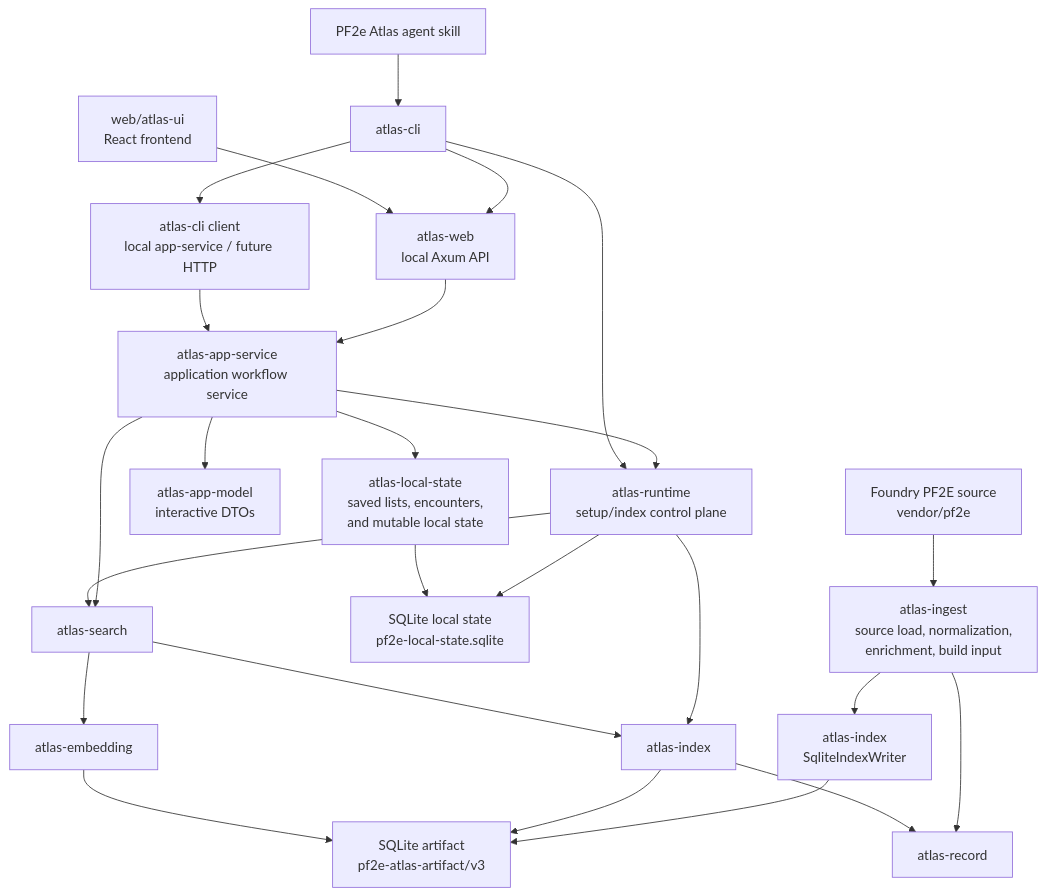
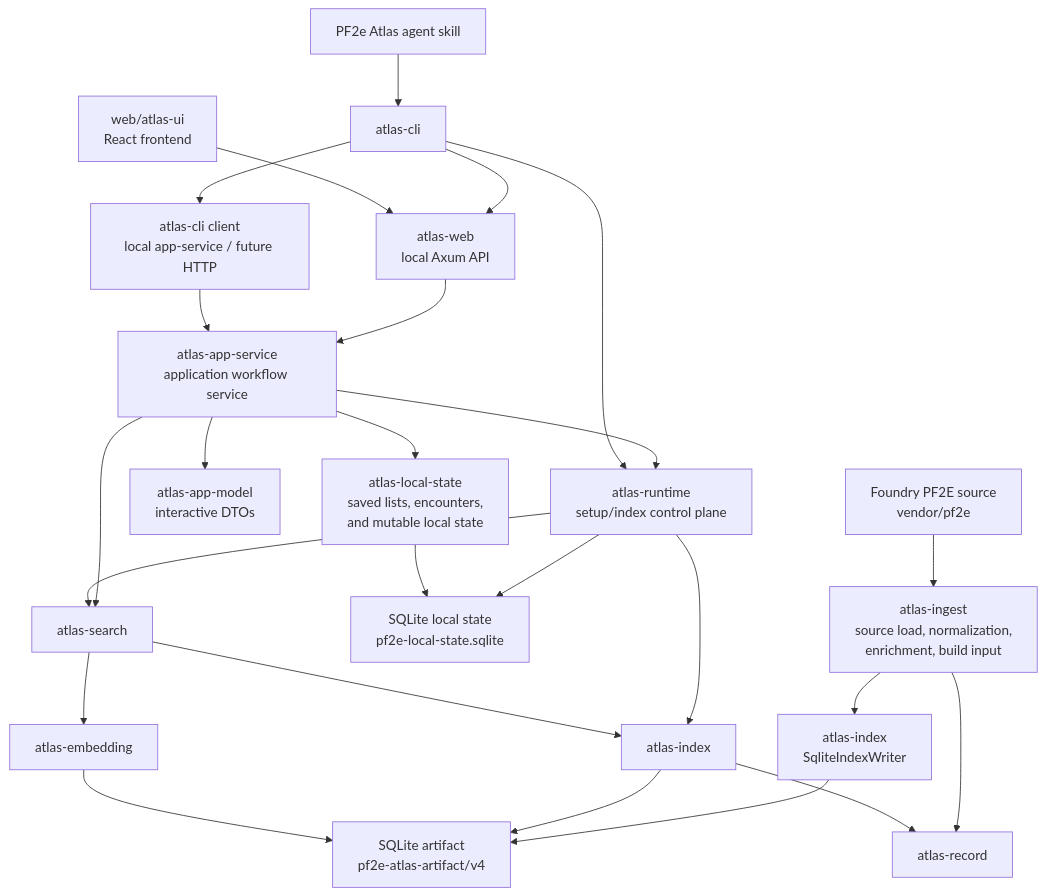
Before and after one commit to e-kosten/pf2e-atlas: the diagram in docs/architecture/overview.md, drawn with Mermaid. The commit also changed 23 other files, not shown here.

````diff
--- a/docs/architecture/overview.md
+++ b/docs/architecture/overview.md
@@ -62,29 +62,29 @@
 ```mermaid
 flowchart TD
     pf2e["Foundry PF2E source<br/>vendor/pf2e"] --> ingest["atlas-ingest<br/>source load, normalization,<br/>enrichment, build input"]
     ingest --> indexWriter["atlas-index<br/>SqliteIndexWriter"]
-    indexWriter --> artifactDb["SQLite artifact<br/>pf2e-atlas-artifact/v3"]
+    indexWriter --> artifactDb["SQLite artifact<br/>pf2e-atlas-artifact/v4"]
     localStateDb["SQLite local state<br/>pf2e-local-state.sqlite"]
 
     skill["PF2e Atlas agent skill"] --> cli["atlas-cli"]
     cli --> web["atlas-web<br/>local Axum API"]
     browser["web/atlas-ui<br/>React frontend"] --> web
     web --> appService["atlas-app-service<br/>application workflow service"]
     appService --> appModel["atlas-app-model<br/>interactive DTOs"]
     appService --> runtime
     appService --> search
     appService --> localState["atlas-local-state<br/>saved lists, encounters,<br/>and mutable local state"]
     cli --> cliClient["atlas-cli client<br/>local app-service / future HTTP"]
     cliClient --> appService
     cli --> runtime["atlas-runtime<br/>setup/index control plane"]
     runtime --> search["atlas-search"]
     runtime --> index["atlas-index"]
     runtime --> localStateDb
     localState --> localStateDb
     search --> index
     search --> embedding["atlas-embedding"]
     index --> artifactDb
     embedding --> artifactDb
     ingest --> record["atlas-record"]
     index --> record
 ```
````
